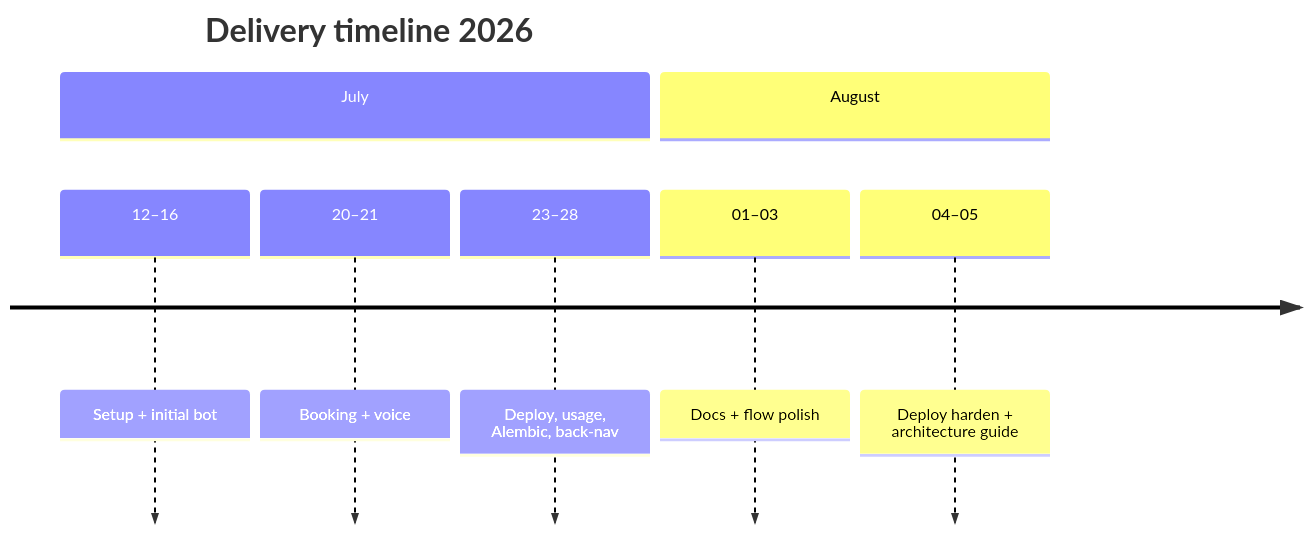
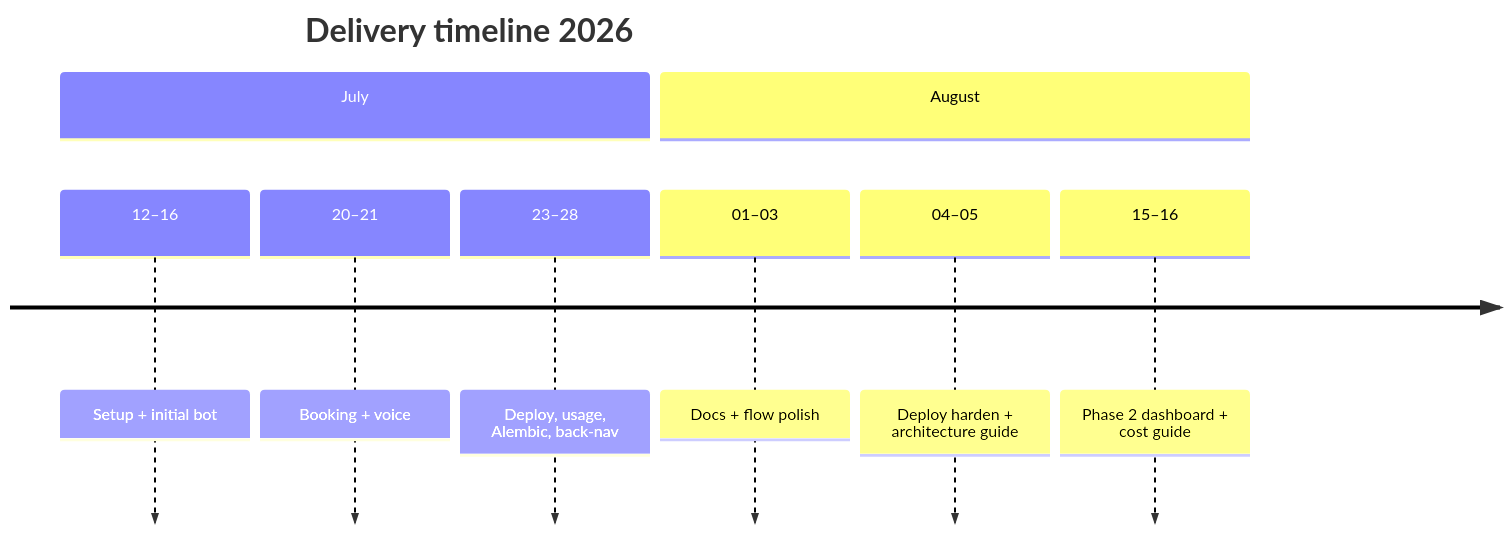
One commit to Madee7/hospital_chatbot changed the seventh of 7 diagrams in docs/DOCUMENTATION.md. Above: the diagram before and after it, drawn with Mermaid. The commit also changed other lines of this file and 17 other files, not shown here.

````diff
--- a/docs/DOCUMENTATION.md
+++ b/docs/DOCUMENTATION.md
@@ -2374,11 +2588,12 @@
 ```mermaid
 timeline
   title Delivery timeline 2026
   section July
     12–16 : Setup + initial bot
     20–21 : Booking + voice
     23–28 : Deploy, usage, Alembic, back-nav
   section August
     01–03 : Docs + flow polish
     04–05 : Deploy harden + architecture guide
+    15–16 : Phase 2 dashboard + cost guide
 ```
````
